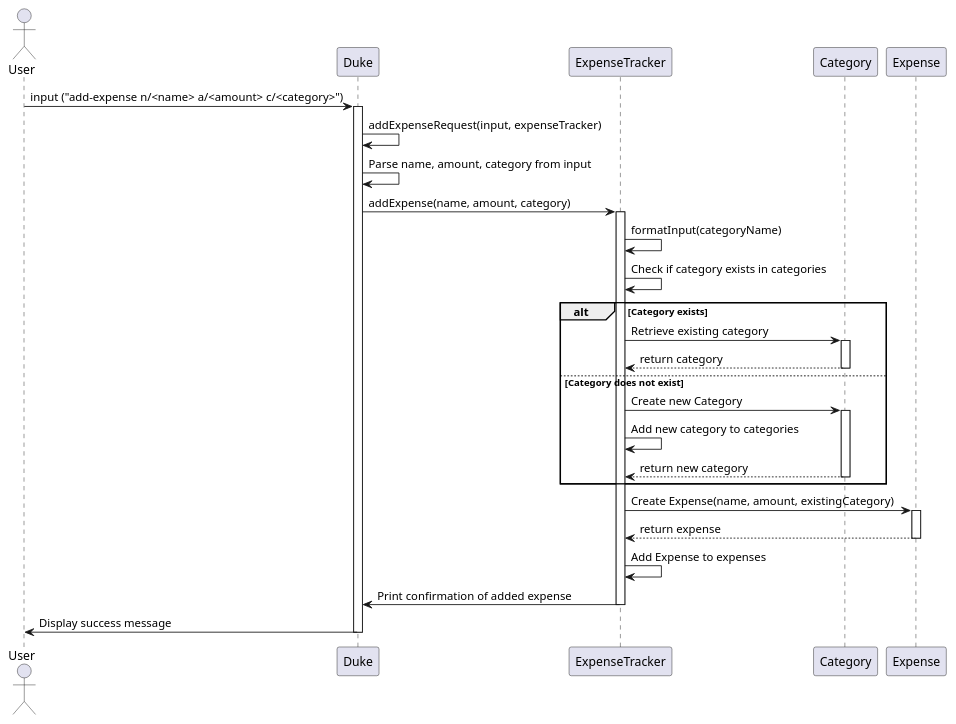
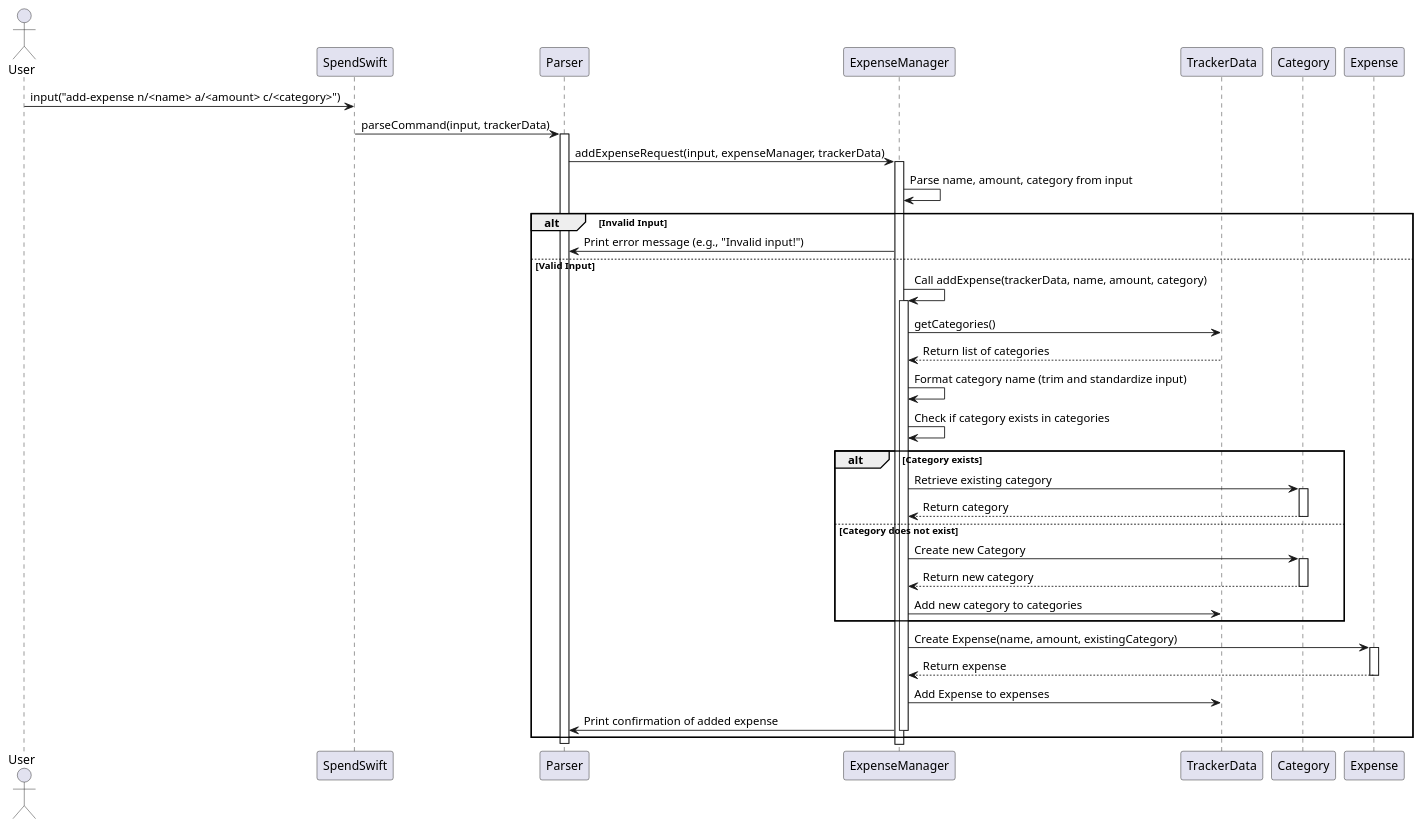
The diagram in docs/diagrams/AddExpense.puml (nus-cs2113-AY2425S1/tp), drawn with PlantUML before and after one commit. The commit also changed 7 other files, not shown here.

Commit message:
updated uml diagrams for add expense, add category, view  budget, and set budget limit (not sure about request here, but will look into it)

```diff
--- a/docs/diagrams/AddExpense.puml
+++ b/docs/diagrams/AddExpense.puml
@@ -1,45 +1,55 @@
 @startuml
 actor User
-participant Duke
-participant ExpenseTracker
+participant SpendSwift
+participant Parser
+participant ExpenseManager
+participant TrackerData
 participant Category
 participant Expense
 
-User -> Duke : input ("add-expense n/<name> a/<amount> c/<category>")
-activate Duke
+User -> SpendSwift : input("add-expense n/<name> a/<amount> c/<category>")
+SpendSwift -> Parser : parseCommand(input, trackerData)
 
-Duke -> Duke : addExpenseRequest(input, expenseTracker)
-Duke -> Duke : Parse name, amount, category from input
-Duke -> ExpenseTracker : addExpense(name, amount, category)
-activate ExpenseTracker
+activate Parser
+Parser -> ExpenseManager : addExpenseRequest(input, expenseManager, trackerData)
 
-ExpenseTracker -> ExpenseTracker : formatInput(categoryName)
-ExpenseTracker -> ExpenseTracker : Check if category exists in categories
+activate ExpenseManager
+ExpenseManager -> ExpenseManager : Parse name, amount, category from input
 
-alt Category exists
-    ExpenseTracker -> Category : Retrieve existing category
-    activate Category
-    Category --> ExpenseTracker : return category
-    deactivate Category
-else Category does not exist
-    ExpenseTracker -> Category : Create new Category
-    activate Category
-    ExpenseTracker -> ExpenseTracker : Add new category to categories
-    Category --> ExpenseTracker : return new category
-    deactivate Category
+alt Invalid Input
+    ExpenseManager -> Parser : Print error message (e.g., "Invalid input!")
+else Valid Input
+    ExpenseManager -> ExpenseManager : Call addExpense(trackerData, name, amount, category)
+    activate ExpenseManager
+
+    ExpenseManager -> TrackerData : getCategories()
+    TrackerData --> ExpenseManager : Return list of categories
+
+    ExpenseManager -> ExpenseManager : Format category name (trim and standardize input)
+    ExpenseManager -> ExpenseManager : Check if category exists in categories
+
+    alt Category exists
+        ExpenseManager -> Category : Retrieve existing category
+        activate Category
+        Category --> ExpenseManager : Return category
+        deactivate Category
+    else Category does not exist
+        ExpenseManager -> Category : Create new Category
+        activate Category
+        Category --> ExpenseManager : Return new category
+        deactivate Category
+        ExpenseManager -> TrackerData : Add new category to categories
+    end
+
+    ExpenseManager -> Expense : Create Expense(name, amount, existingCategory)
+    activate Expense
+    Expense --> ExpenseManager : Return expense
+    deactivate Expense
+
+    ExpenseManager -> TrackerData : Add Expense to expenses
+    ExpenseManager -> Parser : Print confirmation of added expense
+    deactivate ExpenseManager
 end
-
-ExpenseTracker -> Expense : Create Expense(name, amount, existingCategory)
-activate Expense
-Expense --> ExpenseTracker : return expense
-deactivate Expense
-
-ExpenseTracker -> ExpenseTracker : Add Expense to expenses
-
-ExpenseTracker -> Duke : Print confirmation of added expense
-deactivate ExpenseTracker
-
-Duke -> User : Display success message
-deactivate Duke
+deactivate Parser
 
 @enduml
```
